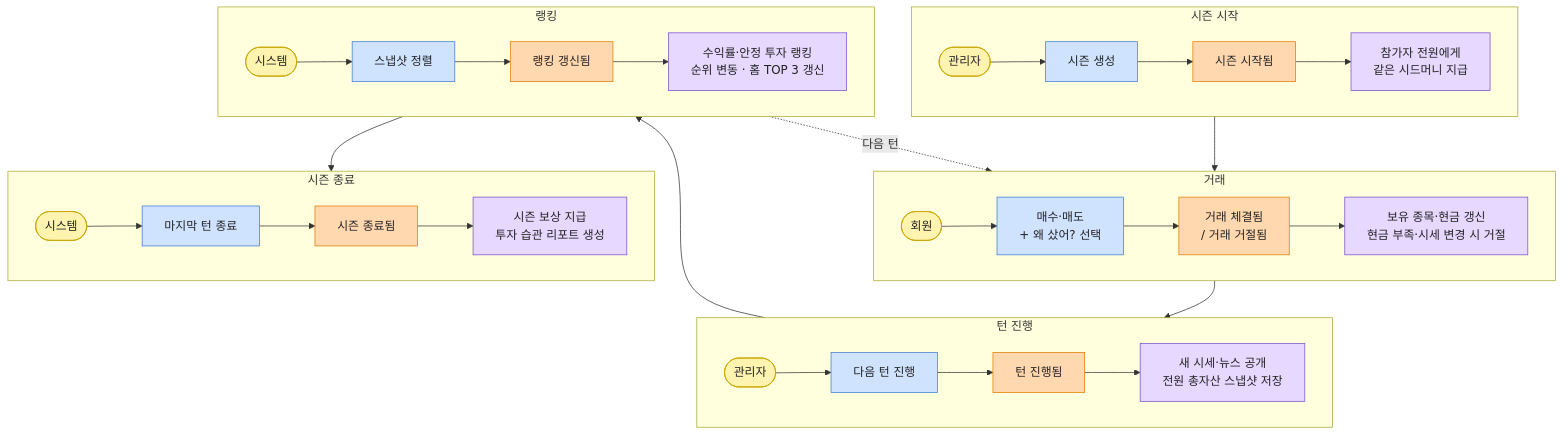
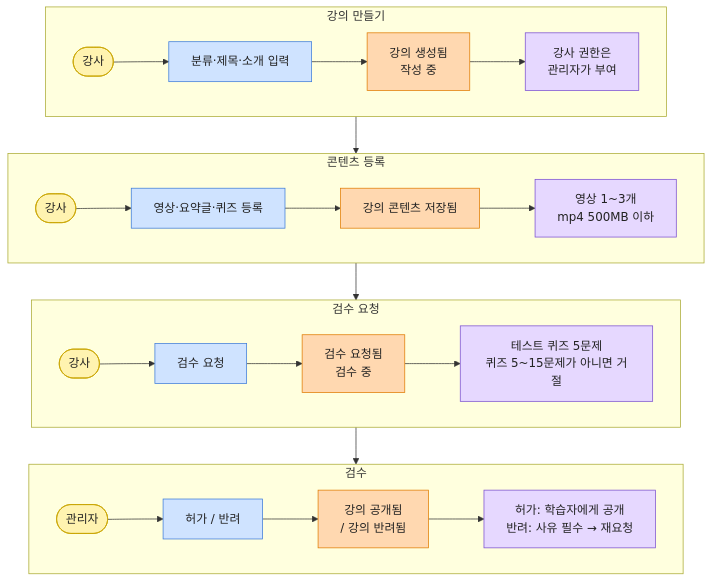
The fifth of 13 diagrams in docs/MoneyBeetle_업무분석.md (bukkeu/my-home-finish), drawn with Mermaid before and after one commit. The commit also changed other lines of this file, not shown here.

````diff
--- a/docs/MoneyBeetle_업무분석.md
+++ b/docs/MoneyBeetle_업무분석.md
@@ -331,29 +289,24 @@
 ```mermaid
 flowchart TB
-    subgraph S1["시즌 시작"]
+    subgraph S1["강의 만들기"]
         direction LR
-        a1(["관리자"]):::act --> c1["시즌 생성"]:::cmd --> e1["시즌 시작됨"]:::evt --> p1["참가자 전원에게<br/>같은 시드머니 지급"]:::pol
+        a1(["강사"]):::act --> c1["분류·제목·소개 입력"]:::cmd --> e1["강의 생성됨<br/>작성 중"]:::evt --> p1["강사 권한은<br/>관리자가 부여"]:::pol
     end
-    subgraph S2["거래"]
+    subgraph S2["콘텐츠 등록"]
         direction LR
-        a2(["회원"]):::act --> c2["매수·매도<br/>+ 왜 샀어? 선택"]:::cmd --> e2["거래 체결됨<br/>/ 거래 거절됨"]:::evt --> p2["보유 종목·현금 갱신<br/>현금 부족·시세 변경 시 거절"]:::pol
+        a2(["강사"]):::act --> c2["영상·요약글·퀴즈 등록"]:::cmd --> e2["강의 콘텐츠 저장됨"]:::evt --> p2["영상 1~3개<br/>mp4 500MB 이하"]:::pol
     end
-    subgraph S3["턴 진행"]
+    subgraph S3["검수 요청"]
         direction LR
-        a3(["관리자"]):::act --> c3["다음 턴 진행"]:::cmd --> e3["턴 진행됨"]:::evt --> p3["새 시세·뉴스 공개<br/>전원 총자산 스냅샷 저장"]:::pol
+        a3(["강사"]):::act --> c3["검수 요청"]:::cmd --> e3["검수 요청됨<br/>검수 중"]:::evt --> p3["테스트 퀴즈 5문제<br/>퀴즈 5~15문제가 아니면 거절"]:::pol
     end
-    subgraph S4["랭킹"]
+    subgraph S4["검수"]
         direction LR
-        a4(["시스템"]):::act --> c4["스냅샷 정렬"]:::cmd --> e4["랭킹 갱신됨"]:::evt --> p4["수익률·안정 투자 랭킹<br/>순위 변동 · 홈 TOP 3 갱신"]:::pol
+        a4(["관리자"]):::act --> c4["허가 / 반려"]:::cmd --> e4["강의 공개됨<br/>/ 강의 반려됨"]:::evt --> p4["허가: 학습자에게 공개<br/>반려: 사유 필수 → 재요청"]:::pol
     end
-    subgraph S5["시즌 종료"]
-        direction LR
-        a5(["시스템"]):::act --> c5["마지막 턴 종료"]:::cmd --> e5["시즌 종료됨"]:::evt --> p5["시즌 보상 지급<br/>투자 습관 리포트 생성"]:::pol
-    end
-    S1 --> S2 --> S3 --> S4 --> S5
-    S4 -. 다음 턴 .-> S2
+    S1 --> S2 --> S3 --> S4
     classDef act fill:#FFF3B0,stroke:#C9A400,color:#222
     classDef cmd fill:#CFE3FF,stroke:#3D7BD9,color:#222
     classDef evt fill:#FFD8B0,stroke:#E07B00,color:#222
     classDef pol fill:#E6D8FF,stroke:#7A4FD0,color:#222
 ```
````
